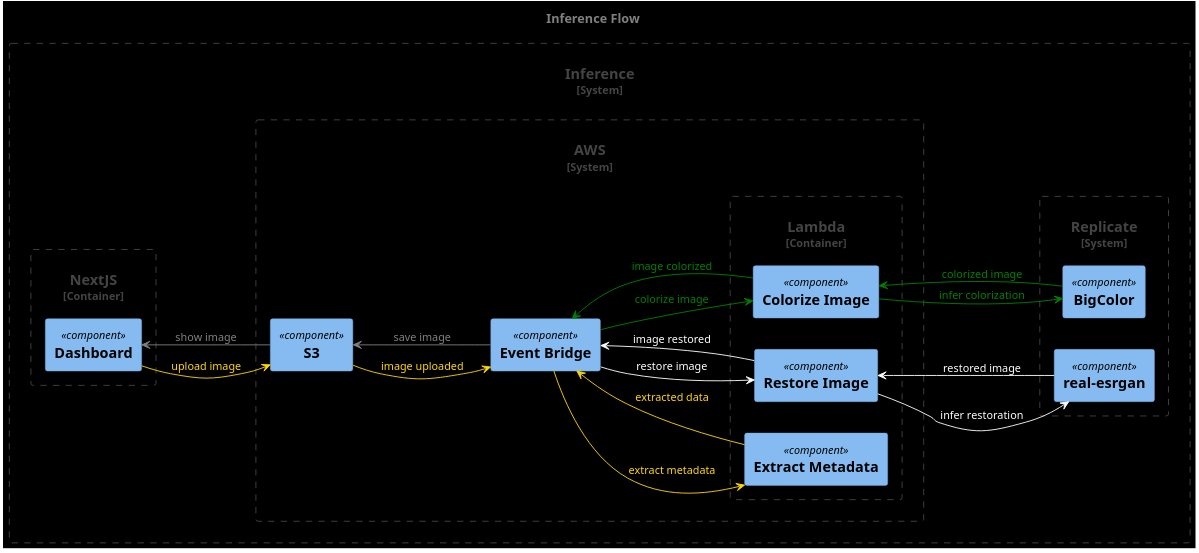
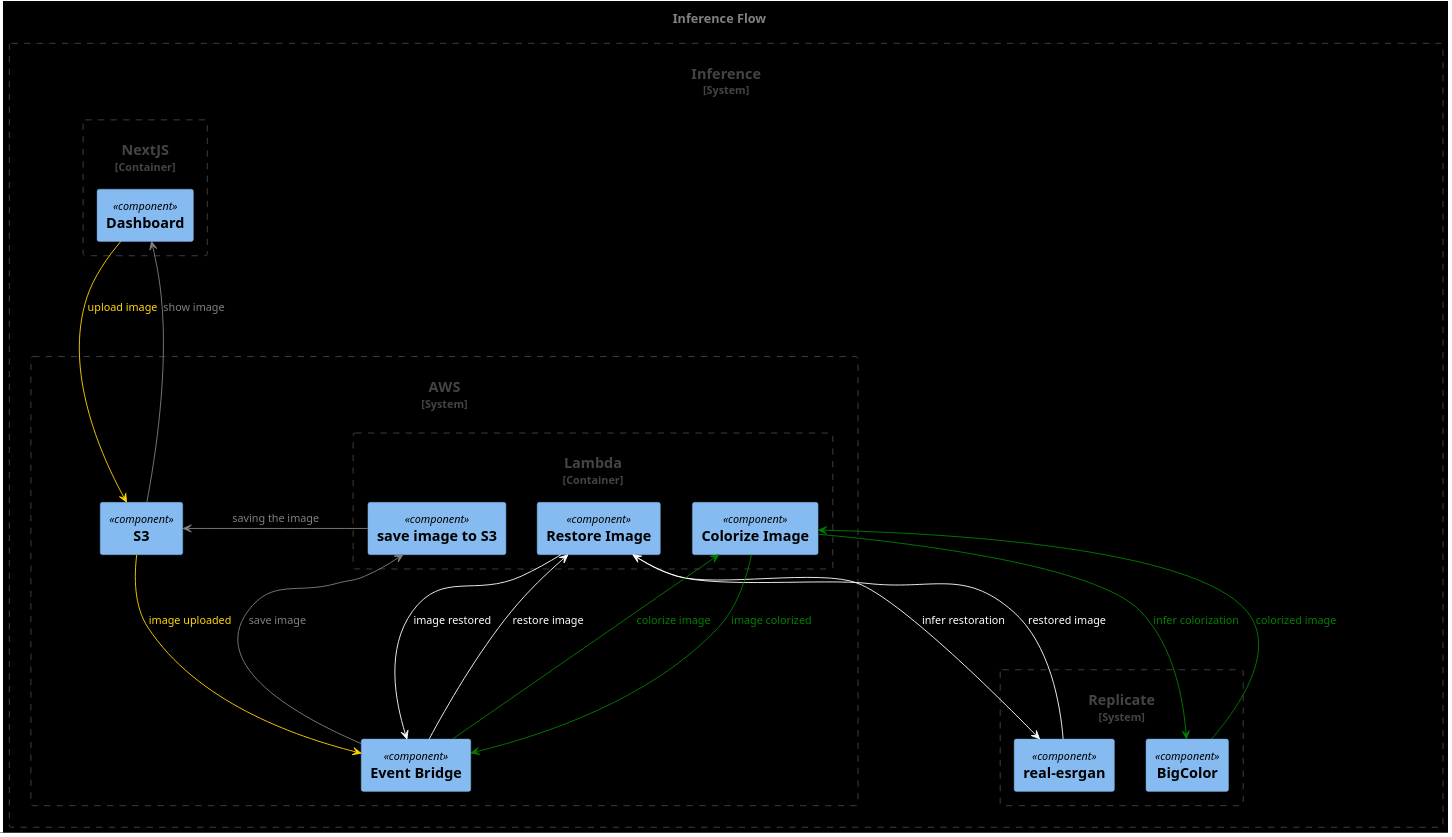
The diagram in planning/inferenceFlow.puml (maxamed1st/restoreai), drawn with PlantUML before and after one commit. The commit also changed 1 other file, not shown here.

Commit message:
planning/ remove extract lambda and add save lambda

```diff
--- a/planning/inferenceFlow.puml
+++ b/planning/inferenceFlow.puml
@@ -1,71 +1,70 @@
 @startuml inference-flow
 
 title Inference Flow
 
 
-left to right direction
+top to bottom direction
 
 set separator none
 
 !include <C4/C4>
 !include <C4/C4_Context>
 !include <C4/C4_Component>
 
 skinparam BackgroundColor black
 skinparam DefaultFontColor gold
 skinparam ArrowColor gold
 
 System_Boundary(inferenc, "Inference") {
   Container_Boundary(nextjs, "NextJS") {
     Component(dashboard, "Dashboard")
     }
 
   System_Boundary(aws, "AWS") {
   Component(s3, "S3")
 
   Container_Boundary(functions, "Lambda") {
-    Component(extract, "Extract Metadata")
     Component(restore, "Restore Image")
     Component(colorize, "Colorize Image")
+    Component(save, "save image to S3")
   }
 
   Component(evt, "Event Bridge")
   }
 
   System_Boundary(replicate, "Replicate") {
     'model Naihgtmareai/real-esrgan
     Component(restoration, "real-esrgan")
     'model Cjwbw/BigColor
     Component(colorization, "BigColor")
   }
 
   'upload image and extract enhancment factor and colorization
-  dashboard --> s3: "upload image"
-  s3 --> evt: "image uploaded"
-  evt --> extract: "extract metadata"
-  extract --> evt: "extracted data"
+  dashboard ---> s3: "upload image"
+  s3 ---> evt: "image uploaded"
 
   'restroe image
   skinparam DefaultFontColor white
   skinparam ArrowColor white
-  evt --> restore: "restore image"
-  restore --> restoration: "infer restoration"
-  restore <-- restoration: "restored image"
-  restore --> evt: "image restored"
+  evt ---> restore: "restore image"
+  restore ---> restoration: "infer restoration"
+  restore <--- restoration: "restored image"
+  restore ---> evt: "image restored"
 
   'colorize image if necessary
   skinparam DefaultFontColor green
   skinparam ArrowColor green
-  evt --> colorize: "colorize image"
-  colorize --> colorization: "infer colorization"
-  colorize <-- colorization: "colorized image"
-  colorize --> evt: "image colorized"
+  evt ---> colorize: "colorize image"
+  colorize ---> colorization: "infer colorization"
+  colorize <--- colorization: "colorized image"
+  colorize ---> evt: "image colorized"
 
   'save image
   skinparam DefaultFontColor gray
   skinparam ArrowColor gray
-  evt --> s3: "save image"
-  s3 --> dashboard: "show image"
+  evt ---> save: "save image"
+  save ---> s3: "saving the image"
+  s3 ---> dashboard: "show image"
 }
 
 @enduml
```
